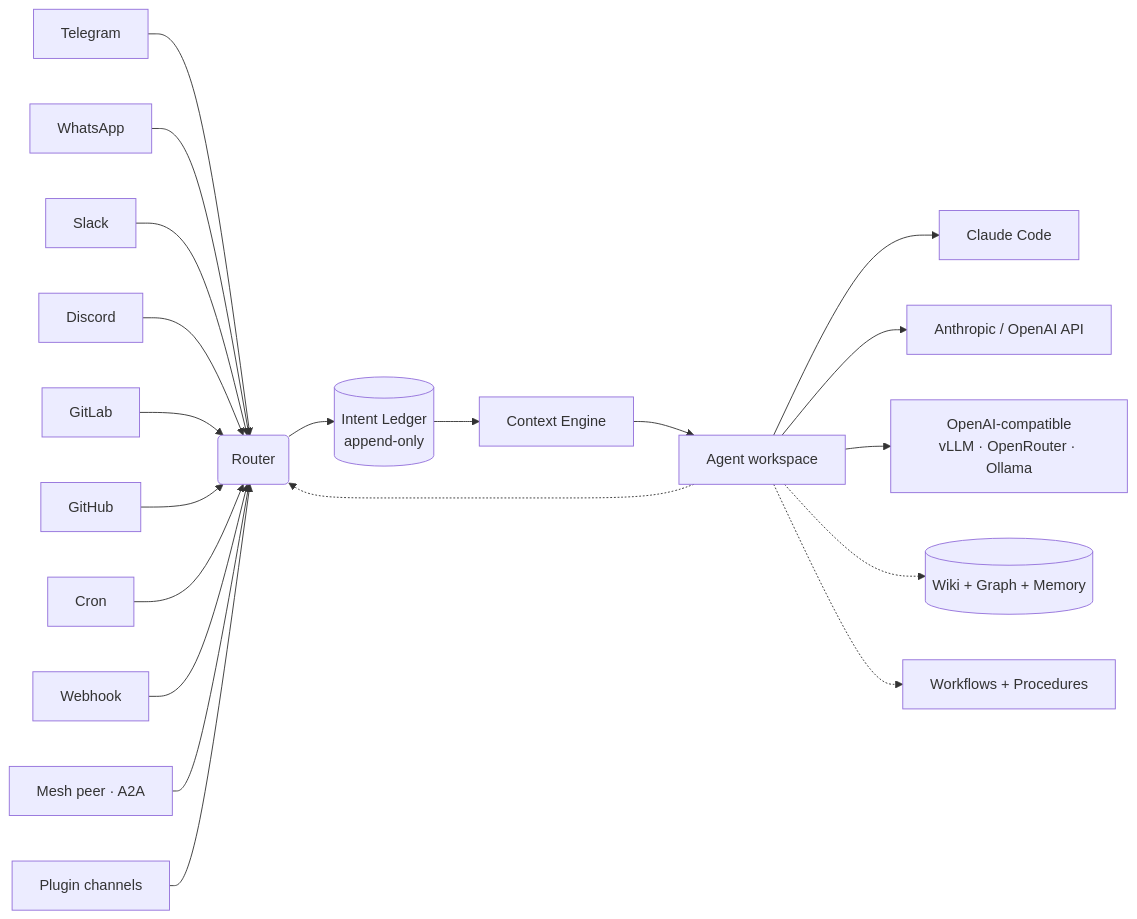
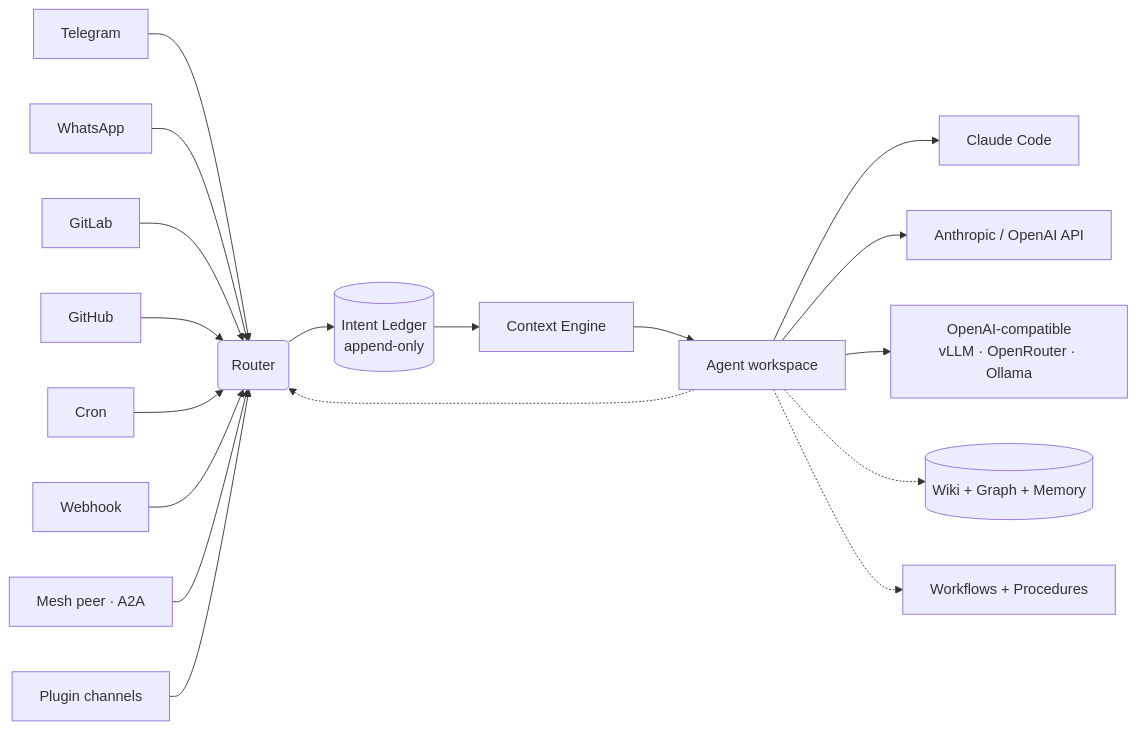
One commit to anis-marrouchi/agentx changed the diagram in README.md. Above: the diagram before and after it, drawn with Mermaid. The commit also changed other lines of this file and 14 other files, not shown here.

````diff
--- a/README.md
+++ b/README.md
@@ -116,22 +116,20 @@
 ```mermaid
 graph LR
   T[Telegram] --> R(Router)
   W[WhatsApp] --> R
-  S[Slack] --> R
-  D[Discord] --> R
   G[GitLab] --> R
   GH[GitHub] --> R
   C[Cron] --> R
   H[Webhook] --> R
   M[Mesh peer · A2A] --> R
   PL[Plugin channels] --> R
   R --> LDG[(Intent Ledger<br/>append-only)]
   LDG --> CTX[Context Engine]
   CTX --> AG[Agent workspace]
   AG --> P1[Claude Code]
   AG --> P2[Anthropic / OpenAI API]
   AG --> P3[OpenAI-compatible<br/>vLLM · OpenRouter · Ollama]
   AG -.-> MEM[(Wiki + Graph + Memory)]
   AG -.-> WF[Workflows + Procedures]
   AG -.-> R
 ```
````
